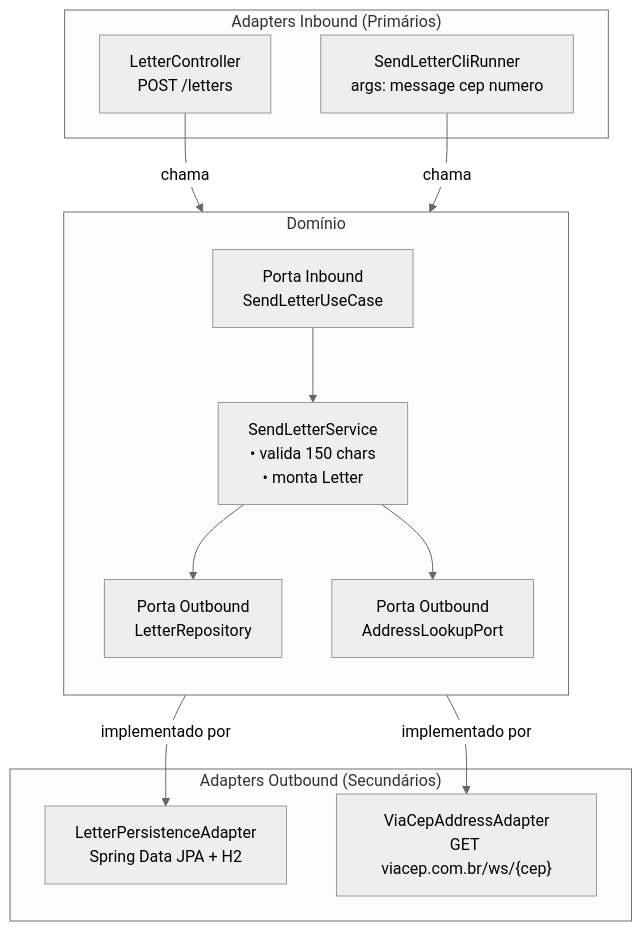
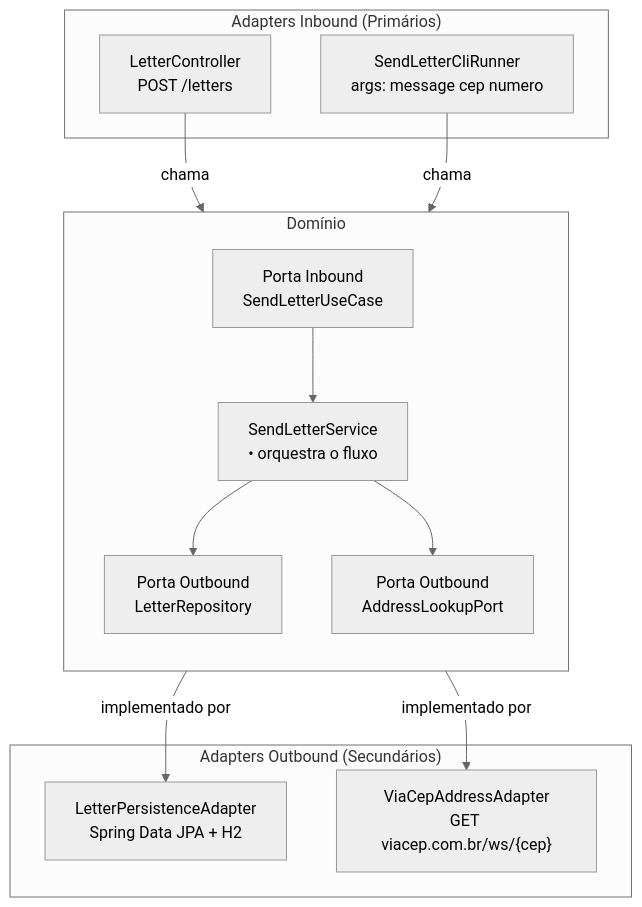
One commit to ramonmpacheco/hexagonal-101 changed the diagram in slides/09-nosso-projeto.md. Above: the diagram before and after it, drawn with Mermaid (neutral theme). The commit also changed other lines of this file and 5 other files, not shown here.

Commit message:
refactor Letter validation logic to the Letter entity; simplify SendLetterService

````diff
--- a/slides/09-nosso-projeto.md
+++ b/slides/09-nosso-projeto.md
@@ -12,28 +12,28 @@
 ```mermaid
 graph TB
     subgraph INBOUND["Adapters Inbound (Primários)"]
         REST["LetterController\nPOST /letters"]
         CLI["SendLetterCliRunner\nargs: message cep numero"]
     end
 
     subgraph DOMAIN["Domínio"]
         direction TB
         UC["Porta Inbound\nSendLetterUseCase"]
-        SRV["SendLetterService\n• valida 150 chars\n• monta Letter"]
+        SRV["SendLetterService\n• orquestra o fluxo"]
         REPO_PORT["Porta Outbound\nLetterRepository"]
         ADDR_PORT["Porta Outbound\nAddressLookupPort"]
         UC --> SRV
         SRV --> REPO_PORT
         SRV --> ADDR_PORT
     end
 
     subgraph OUTBOUND["Adapters Outbound (Secundários)"]
         PERSIST["LetterPersistenceAdapter\nSpring Data JPA + H2"]
         VIACEP["ViaCepAddressAdapter\nGET viacep.com.br/ws/{cep}"]
     end
 
     REST -->|chama| UC
     CLI -->|chama| UC
     REPO_PORT -->|implementado por| PERSIST
     ADDR_PORT -->|implementado por| VIACEP
 ```
````
